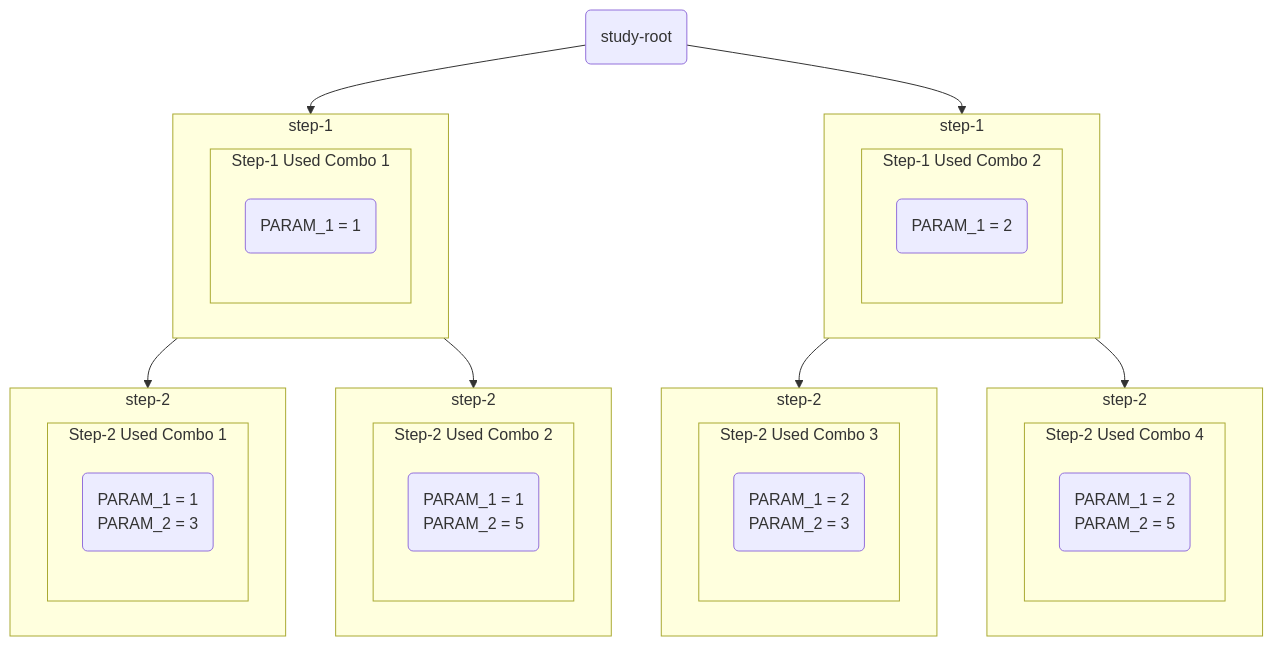
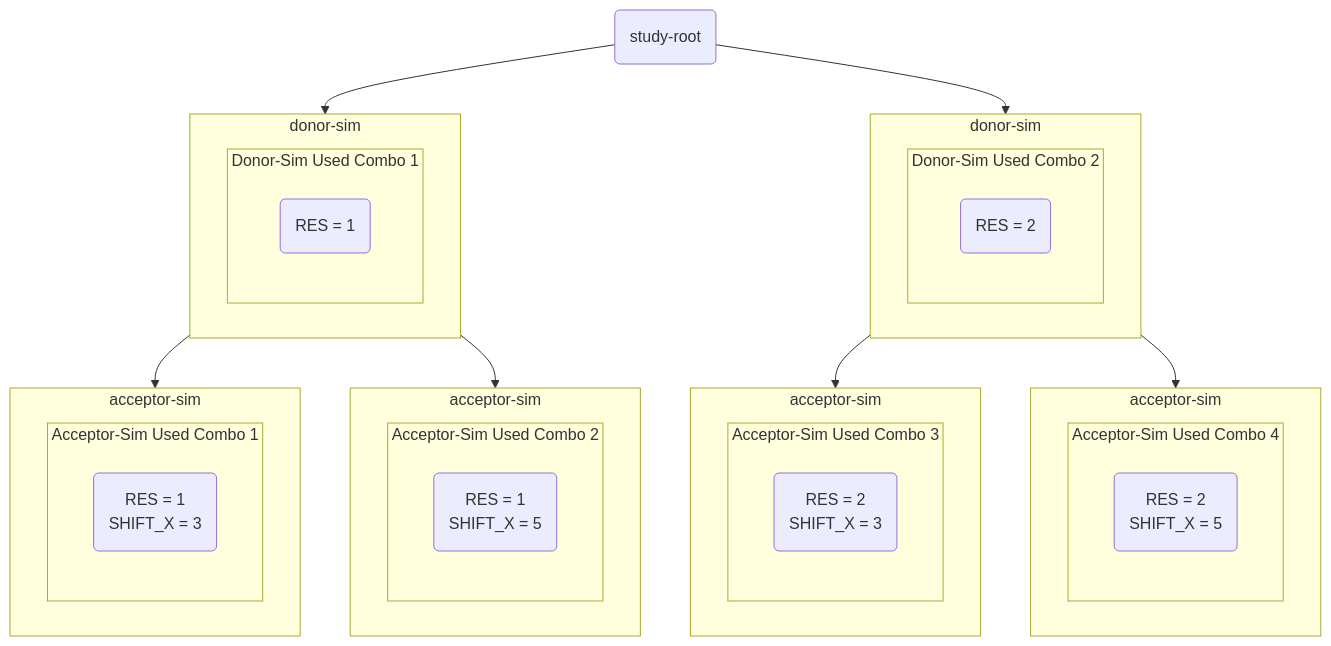
The diagram in docs/Maestro/meps/mep-003-human-readable-hashing.md (fergu/maestrowf), drawn with Mermaid before and after one commit. The commit also changed other lines of this file, not shown here.

Commit message:
Rework examples for more distinct step names/combos.  Take a pass at refactoring abstract into a list to better distinguish the individual issues

````diff
--- a/docs/Maestro/meps/mep-003-human-readable-hashing.md
+++ b/docs/Maestro/meps/mep-003-human-readable-hashing.md
@@ -52,39 +75,39 @@
 ``` mermaid
 flowchart TD;
-    A(study-root) --> step_1_1;
-	subgraph step_1_1 [step-1]
-	  subgraph S1COMBO1 [Step-1 Used Combo 1]
-	    B(PARAM_1 = 1);
+    A(study-root) --> donor_sim_1;
+	subgraph donor_sim_1 [donor-sim]
+	  subgraph S1COMBO1 [Donor-Sim Used Combo 1]
+	    B(RES = 1);
       end
 	end
-	A --> step_1_2;
-	subgraph step_1_2 [step-1]
-	  subgraph S1COMBO2 [Step-1 Used Combo 2]
-	    C(PARAM_1 = 2);
+	A --> donor_sim_2;
+	subgraph donor_sim_2 [donor-sim]
+	  subgraph S1COMBO2 [Donor-Sim Used Combo 2]
+	    C(RES = 2);
       end
 	end
-	step_1_1 --> step_2_1;
-	subgraph step_2_1 [step-2]
-	  subgraph S2COMBO1 [Step-2 Used Combo 1]
-	    D(PARAM_1 = 1\nPARAM_2 = 3);
+	donor_sim_1 --> step_2_1;
+	subgraph step_2_1 [acceptor-sim]
+	  subgraph S2COMBO1 [Acceptor-Sim Used Combo 1]
+	    D(RES = 1\nSHIFT_X = 3);
       end
 	end
-	step_1_1 --> step_2_2;
-	subgraph step_2_2 [step-2]
-	  subgraph S2COMBO2 [Step-2 Used Combo 2]
-	    E(PARAM_1 = 1\nPARAM_2 = 5);
+	donor_sim_1 --> step_2_2;
+	subgraph step_2_2 [acceptor-sim]
+	  subgraph S2COMBO2 [Acceptor-Sim Used Combo 2]
+	    E(RES = 1\nSHIFT_X = 5);
       end
 	end	
-	step_1_2 --> step_2_3;
-	subgraph step_2_3 [step-2]
-	  subgraph S2COMBO3 [Step-2 Used Combo 3]
-	    F(PARAM_1 = 2\nPARAM_2 = 3);
+	donor_sim_2 --> step_2_3;
+	subgraph step_2_3 [acceptor-sim]
+	  subgraph S2COMBO3 [Acceptor-Sim Used Combo 3]
+	    F(RES = 2\nSHIFT_X = 3);
       end
 	end
-	step_1_2 --> step_2_4;
-	subgraph step_2_4 [step-2]
-	  subgraph S2COMBO4 [Step-2 Used Combo 4]
-	    G(PARAM_1 = 2\nPARAM_2 = 5);
+	donor_sim_2 --> step_2_4;
+	subgraph step_2_4 [acceptor-sim]
+	  subgraph S2COMBO4 [Acceptor-Sim Used Combo 4]
+	    G(RES = 2\nSHIFT_X = 5);
       end
 	end
 ```
````
